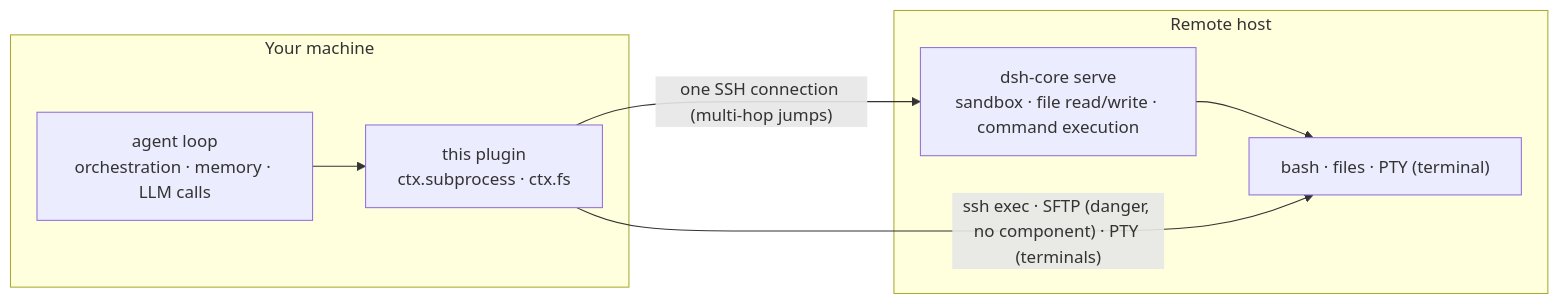
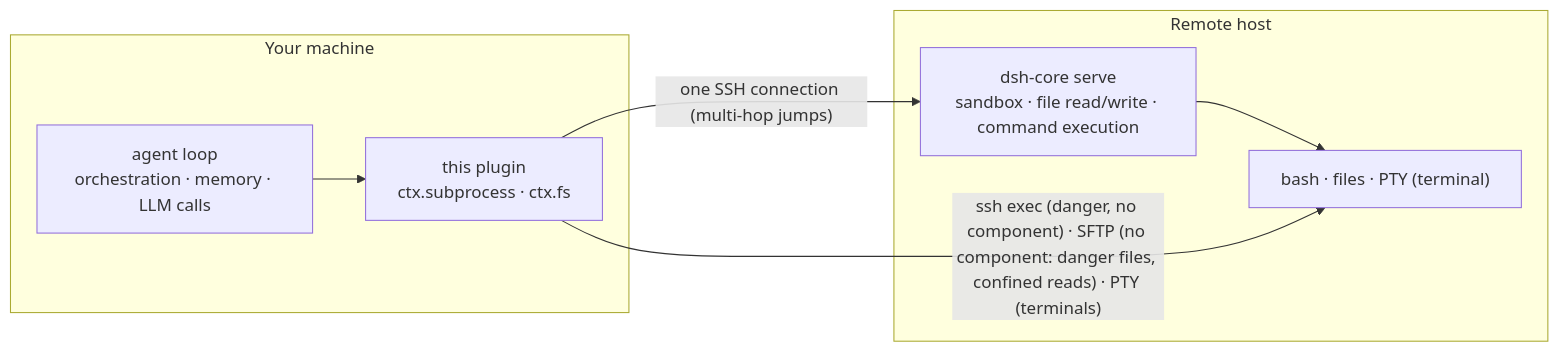
One commit to DobyChao/dsh-workspace-enhancement changed the diagram in README.md. Above: the diagram before and after it, drawn with Mermaid. The commit also changed other lines of this file and 3 other files, not shown here.

````diff
--- a/README.md
+++ b/README.md
@@ -26,13 +26,13 @@
 ```mermaid
 flowchart LR
     subgraph local["Your machine"]
         agent["agent loop<br/>orchestration · memory · LLM calls"] --> seam["this plugin<br/>ctx.subprocess · ctx.fs"]
     end
     subgraph remote["Remote host"]
         core["dsh-core serve<br/>sandbox · file read/write · command execution"]
         run["bash · files · PTY (terminal)"]
         core --> run
     end
     seam -- "one SSH connection (multi-hop jumps)" --> core
-    seam -- "ssh exec · SFTP (danger, no component) · PTY (terminals)" --> run
+    seam -- "ssh exec (danger, no component) · SFTP (no component: danger files, confined reads) · PTY (terminals)" --> run
 ```
````
